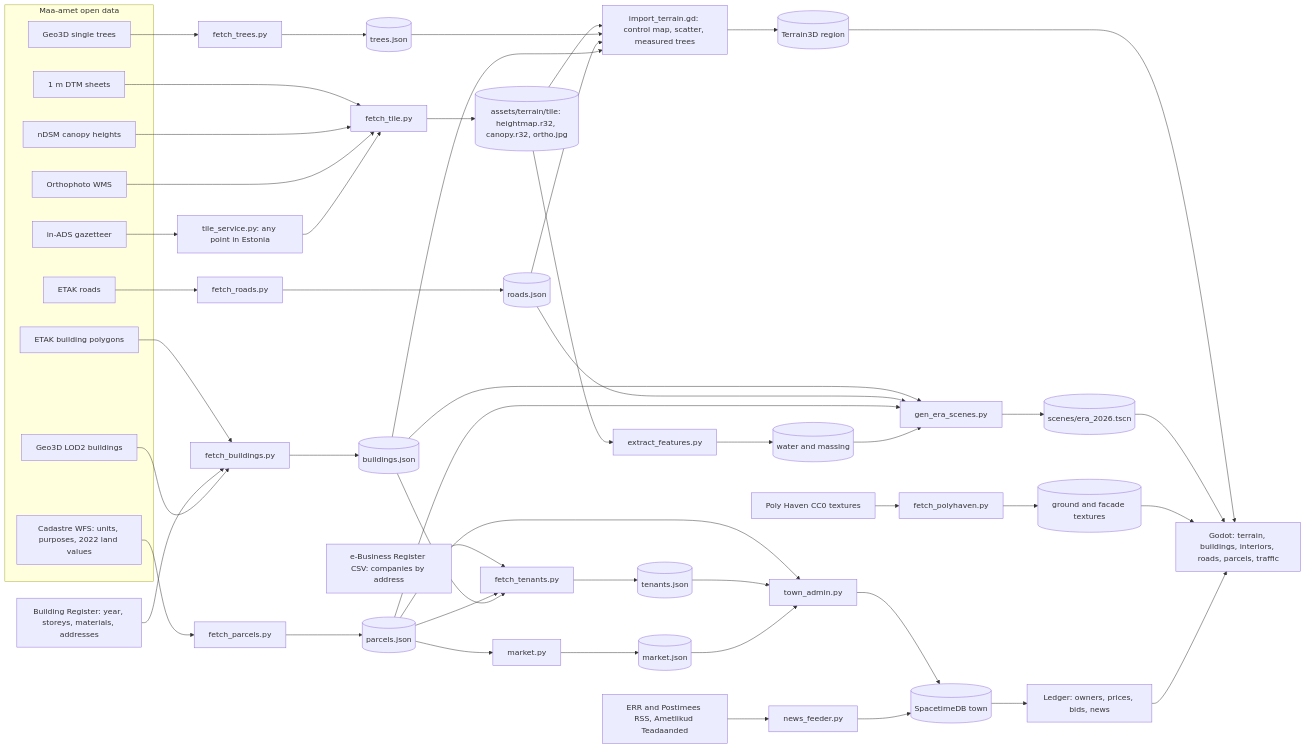
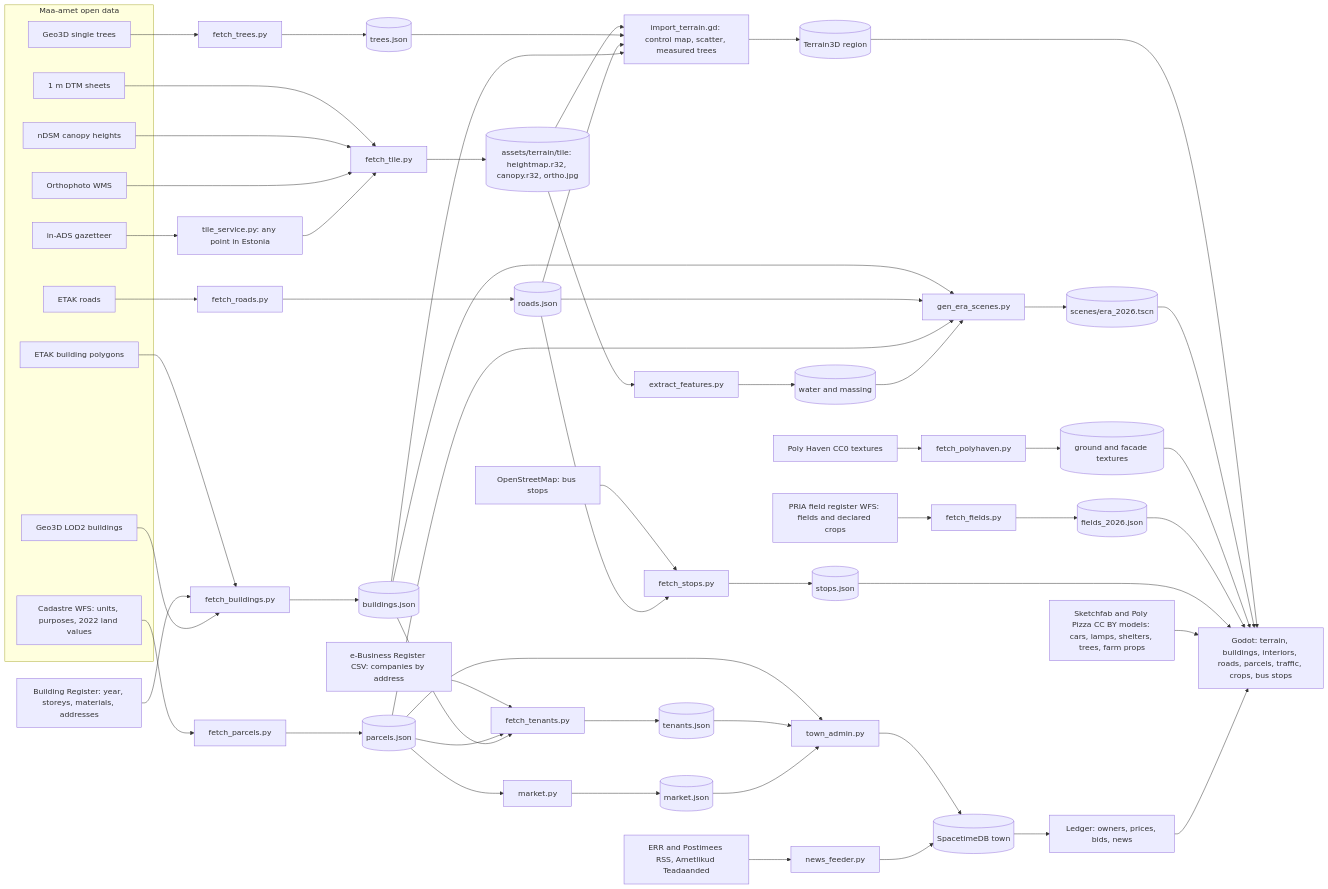
One commit to livenson/vakuraamat changed the diagram in README.md. Above: the diagram before and after it, drawn with Mermaid. The commit also changed 7 other files, not shown here.

````diff
--- a/README.md
+++ b/README.md
@@ -43,37 +43,42 @@
 ```mermaid
 flowchart LR
   subgraph maaamet [Maa-amet open data]
     DTM[1 m DTM sheets]
     NDSM[nDSM canopy heights]
     ORTHO[Orthophoto WMS]
     TREES[Geo3D single trees]
     LOD2[Geo3D LOD2 buildings]
     KAT[Cadastre WFS: units, purposes, 2022 land values]
     ETAKB[ETAK building polygons]
     ETAKR[ETAK roads]
     ADS[in-ADS gazetteer]
   end
   EHR[Building Register: year, storeys, materials, addresses]
   ARI[e-Business Register CSV: companies by address]
+  PRIA[PRIA field register WFS: fields and declared crops]
+  OSM[OpenStreetMap: bus stops]
   RSS[ERR and Postimees RSS, Ametlikud Teadaanded]
   PH[Poly Haven CC0 textures]
+  SKF[Sketchfab and Poly Pizza CC BY models: cars, lamps, shelters, trees, farm props]
 
   DTM & NDSM & ORTHO --> FT[fetch_tile.py] --> TILE[(assets/terrain/tile: heightmap.r32, canopy.r32, ortho.jpg)]
   TREES --> FTR[fetch_trees.py] --> TJ[(trees.json)]
   ETAKB & EHR & LOD2 --> FB[fetch_buildings.py] --> BJ[(buildings.json)]
   ETAKR --> FR[fetch_roads.py] --> RJ[(roads.json)]
   KAT --> FP[fetch_parcels.py] --> PJ[(parcels.json)] --> MK[market.py] --> MJ[(market.json)]
   ARI --> FTE[fetch_tenants.py] --> TEJ[(tenants.json)]
+  PRIA --> FF[fetch_fields.py] --> FJ[(fields_2026.json)]
+  OSM & RJ --> FS[fetch_stops.py] --> SJ[(stops.json)]
   PJ & BJ --> FTE
   TILE --> EF[extract_features.py] --> WJ[(water and massing)]
   PH --> PHF[fetch_polyhaven.py] --> TEX[(ground and facade textures)]
   ADS --> TS[tile_service.py: any point in Estonia] --> FT
 
   TILE & TJ & RJ & BJ --> IMP[import_terrain.gd: control map, scatter, measured trees] --> REG[(Terrain3D region)]
   BJ & RJ & PJ & WJ --> GEN[gen_era_scenes.py] --> SCN[(scenes/era_2026.tscn)]
   PJ & TEJ & MJ --> TA[town_admin.py] --> DB[(SpacetimeDB town)]
   RSS --> NF[news_feeder.py] --> DB
 
-  REG & SCN & TEX --> GAME[Godot: terrain, buildings, interiors, roads, parcels, traffic]
+  REG & SCN & TEX & FJ & SJ & SKF --> GAME[Godot: terrain, buildings, interiors, roads, parcels, traffic, crops, bus stops]
   DB --> LEDGER[Ledger: owners, prices, bids, news] --> GAME
 ```
````
